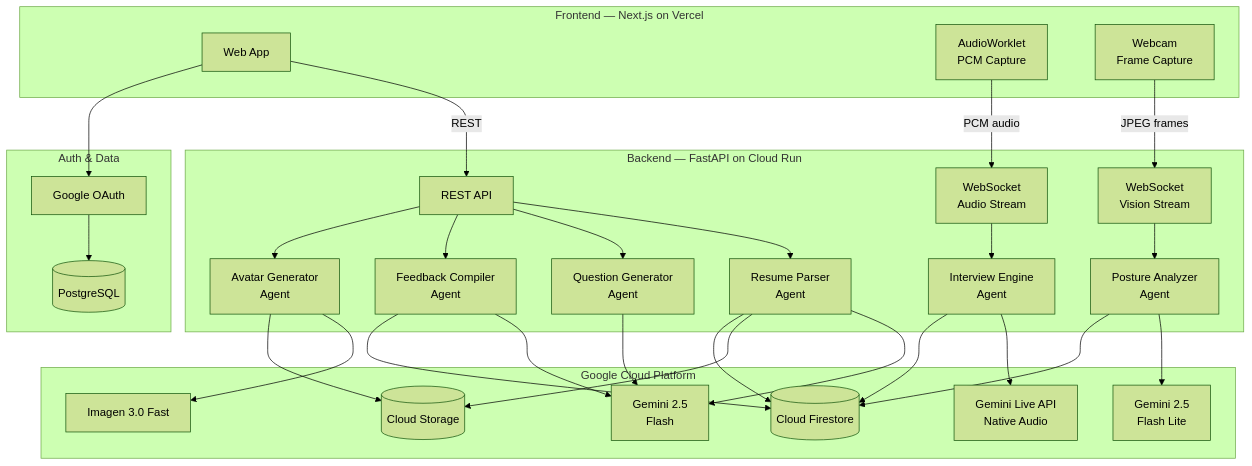
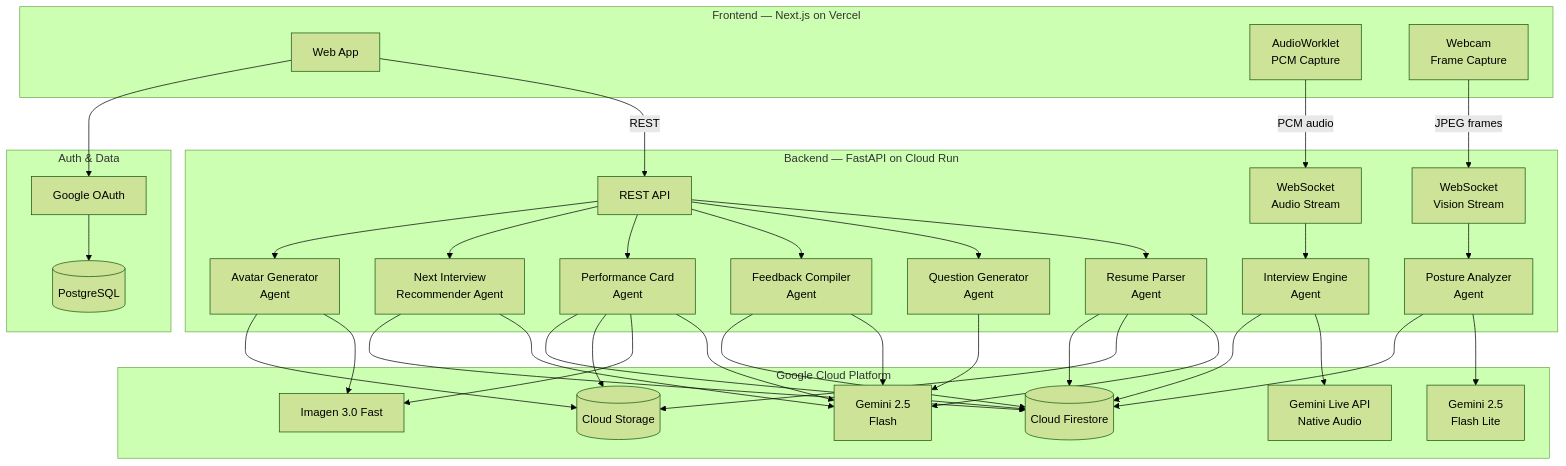
Before and after one commit to mockmate-app/mockmate: the first of 3 diagrams in README.md, drawn with Mermaid (forest theme). The commit also changed other lines of this file and 11 other files, not shown here.

Commit message:
- Added performance card - Added next interview recommendation

````diff
--- a/README.md
+++ b/README.md
@@ -75,52 +77,56 @@
 ```mermaid
 graph TB
     subgraph "Frontend — Next.js on Vercel"
         UI[Web App]
         AW[AudioWorklet<br/>PCM Capture]
         WC[Webcam<br/>Frame Capture]
     end
 
     subgraph "Backend — FastAPI on Cloud Run"
         API[REST API]
         WSA[WebSocket<br/>Audio Stream]
         WSV[WebSocket<br/>Vision Stream]
         RP[Resume Parser<br/>Agent]
         QG[Question Generator<br/>Agent]
         IE[Interview Engine<br/>Agent]
         PA[Posture Analyzer<br/>Agent]
         FC[Feedback Compiler<br/>Agent]
+        PC[Performance Card<br/>Agent]
+        NR[Next Interview<br/>Recommender Agent]
         IA[Avatar Generator<br/>Agent]
     end
 
     subgraph "Google Cloud Platform"
         GLA[Gemini Live API<br/>Native Audio]
         GF[Gemini 2.5<br/>Flash]
         GFL[Gemini 2.5<br/>Flash Lite]
         IG[Imagen 3.0 Fast]
         FS[(Cloud Firestore)]
         GCS[(Cloud Storage)]
     end
 
     subgraph "Auth & Data"
         GA[Google OAuth]
         PG[(PostgreSQL)]
     end
 
     UI -- REST --> API
     AW -- PCM audio --> WSA
     WC -- JPEG frames --> WSV
 
-    API --> RP & QG & FC & IA
+    API --> RP & QG & FC & PC & NR & IA
     WSA --> IE
     WSV --> PA
 
     RP --> GF & GCS & FS
     QG --> GF
     IE --> GLA & FS
     PA --> GFL & FS
     FC --> GF & FS
+    PC --> GF & IG & GCS & FS
+    NR --> GF & FS
     IA --> IG & GCS
 
     UI --> GA
     GA --> PG
 ```
````
